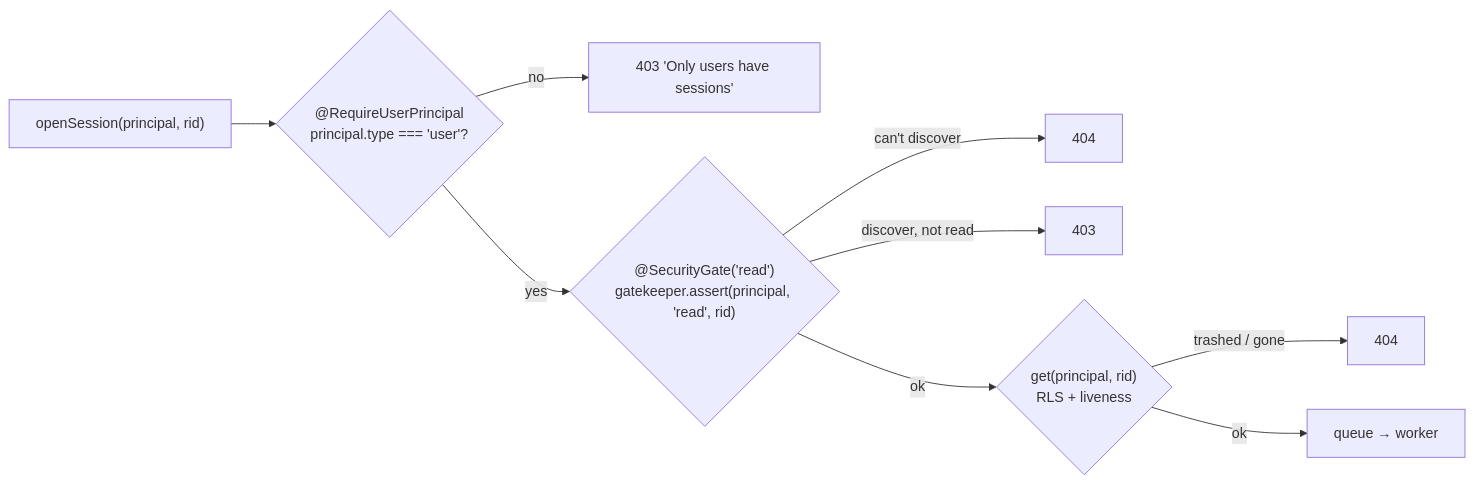
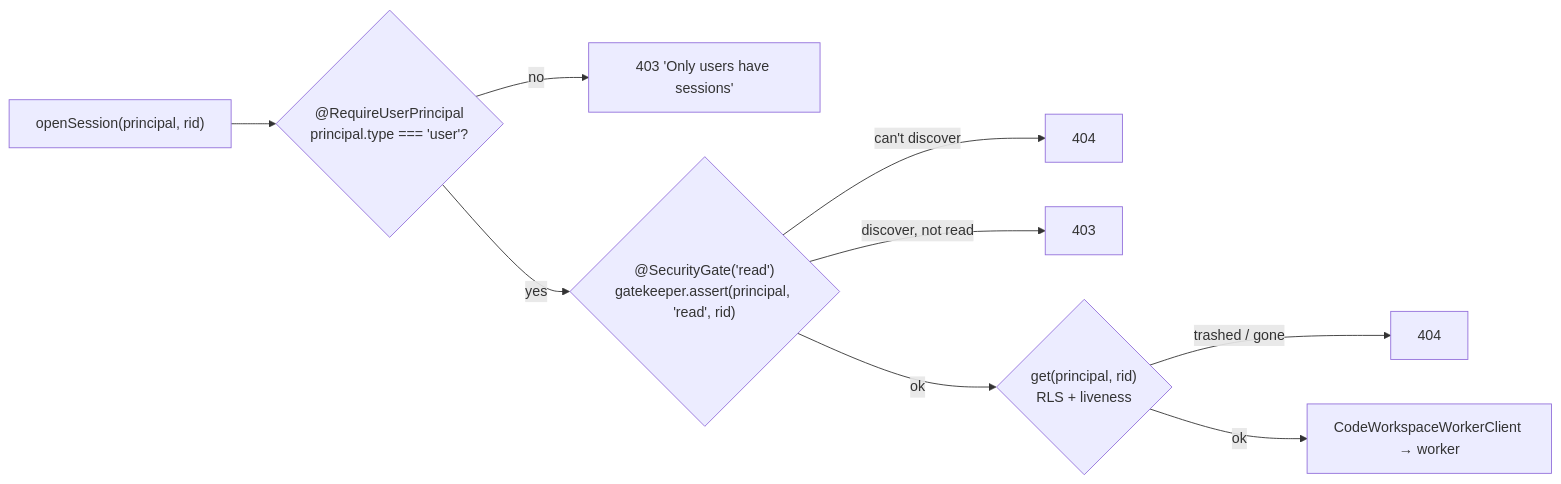
One commit to RolandTeslaru/Quarry changed the first of 2 diagrams in docs/design/code-workspaces/authorization.md. Above: the diagram before and after it, drawn with Mermaid. The commit also changed other lines of this file and 31 other files, not shown here.

````diff
--- a/docs/design/code-workspaces/authorization.md
+++ b/docs/design/code-workspaces/authorization.md
@@ -41,11 +42,11 @@
 ```mermaid
 flowchart LR
     call["openSession(principal, rid)"] --> U{"@RequireUserPrincipal<br/>principal.type === 'user'?"}
     U -- no --> F1["403 'Only users have sessions'"]
     U -- yes --> SG{"@SecurityGate('read')<br/>gatekeeper.assert(principal, 'read', rid)"}
     SG -- "can't discover" --> F2["404"]
     SG -- "discover, not read" --> F3["403"]
     SG -- ok --> G{"get(principal, rid)<br/>RLS + liveness"}
     G -- "trashed / gone" --> F4["404"]
-    G -- ok --> Q["queue → worker"]
+    G -- ok --> Q["CodeWorkspaceWorkerClient → worker"]
 ```
````
